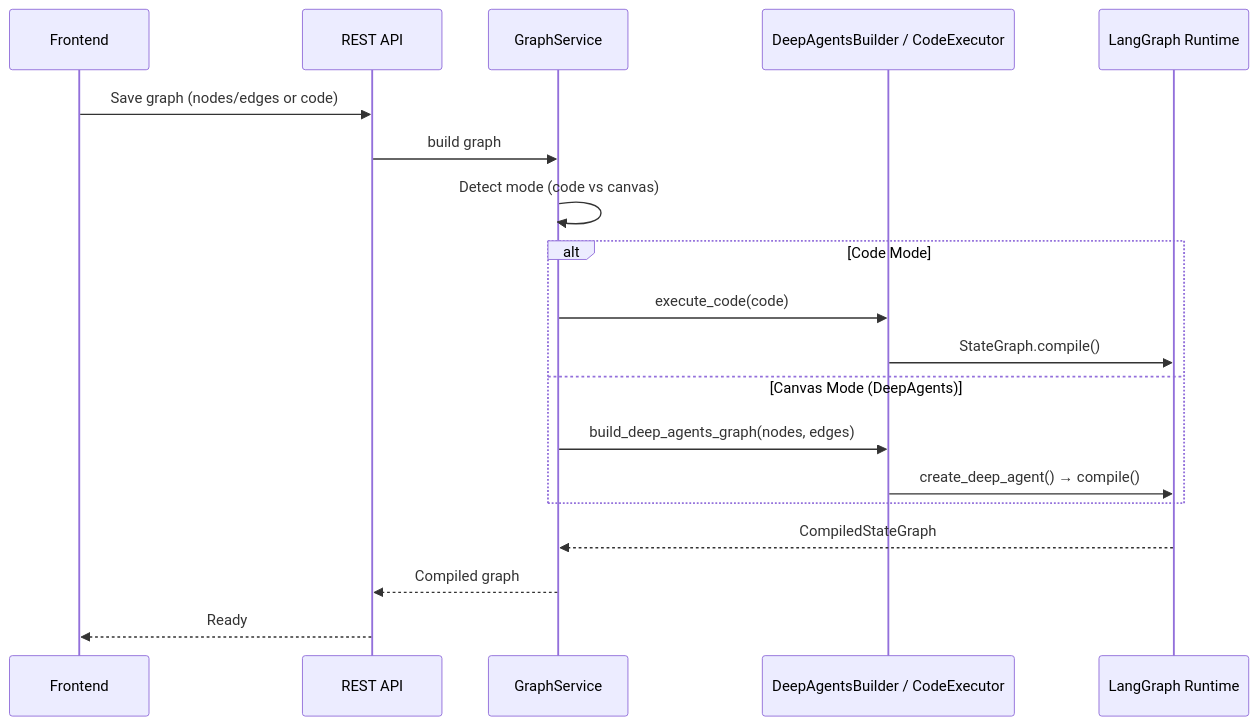
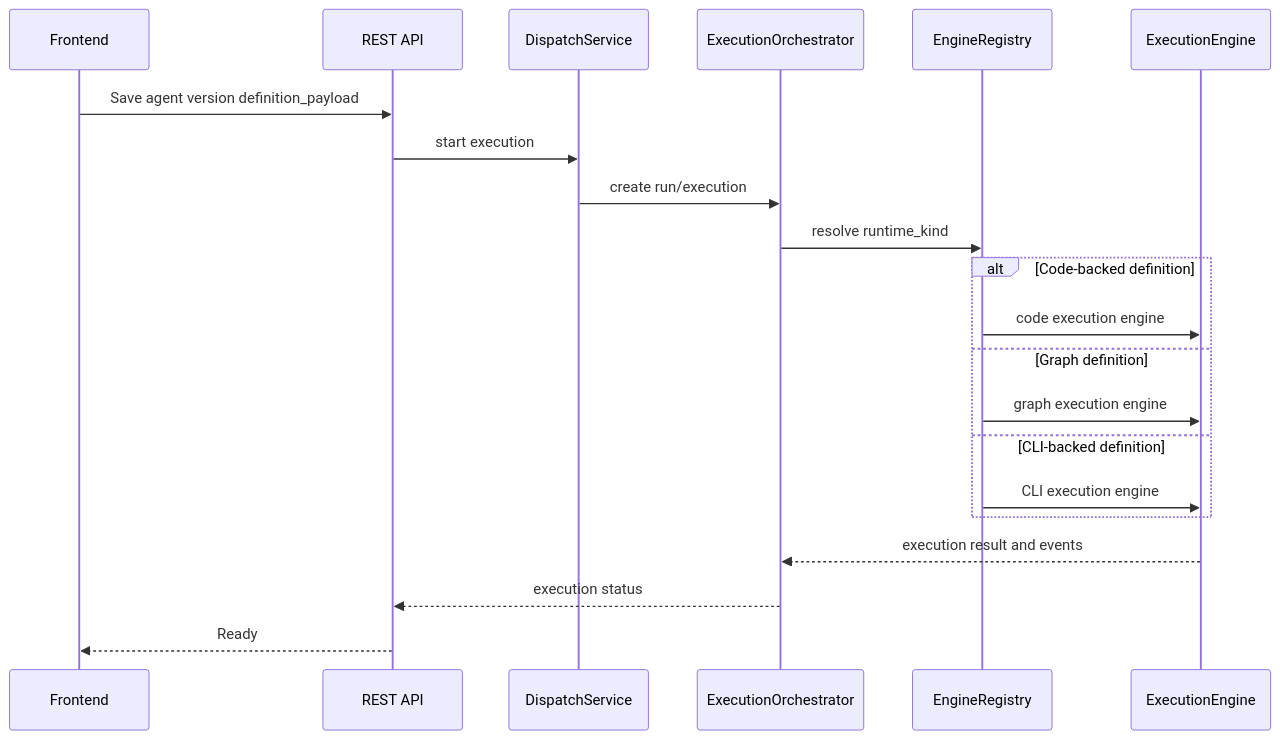
One commit to jd-opensource/JoySafeter changed the sixth of 7 diagrams in docs/ARCHITECTURE.md. Above: the diagram before and after it, drawn with Mermaid. The commit also changed other lines of this file and 2 other files, not shown here.

Commit message:
docs: refresh architecture for agent execution model

````diff
--- a/docs/ARCHITECTURE.md
+++ b/docs/ARCHITECTURE.md
@@ -249,24 +260,26 @@
 ```mermaid
 sequenceDiagram
     participant Frontend as Frontend
     participant API as REST API
-    participant Service as GraphService
-    participant Builder as DeepAgentsBuilder / CodeExecutor
-    participant Runtime as LangGraph Runtime
+    participant Dispatch as DispatchService
+    participant Orchestrator as ExecutionOrchestrator
+    participant Registry as EngineRegistry
+    participant Engine as ExecutionEngine
 
-    Frontend->>API: Save graph (nodes/edges or code)
-    API->>Service: build graph
-    Service->>Service: Detect mode (code vs canvas)
+    Frontend->>API: Save agent version definition_payload
+    API->>Dispatch: start execution
+    Dispatch->>Orchestrator: create run/execution
+    Orchestrator->>Registry: resolve runtime_kind
 
-    alt Code Mode
-        Service->>Builder: execute_code(code)
-        Builder->>Runtime: StateGraph.compile()
-    else Canvas Mode (DeepAgents)
-        Service->>Builder: build_deep_agents_graph(nodes, edges)
-        Builder->>Runtime: create_deep_agent() → compile()
+    alt Code-backed definition
+        Registry->>Engine: code execution engine
+    else Graph definition
+        Registry->>Engine: graph execution engine
+    else CLI-backed definition
+        Registry->>Engine: CLI execution engine
     end
 
-    Runtime-->>Service: CompiledStateGraph
-    Service-->>API: Compiled graph
+    Engine-->>Orchestrator: execution result and events
+    Orchestrator-->>API: execution status
     API-->>Frontend: Ready
 ```
````
